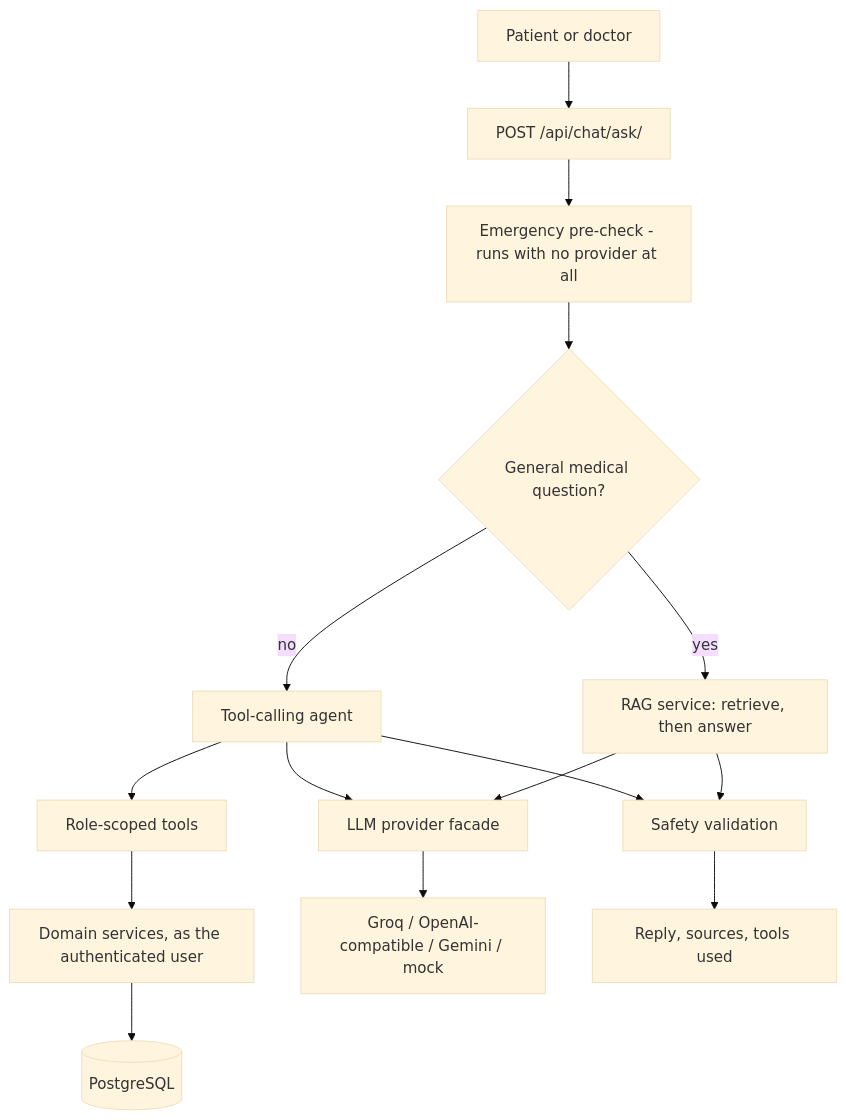
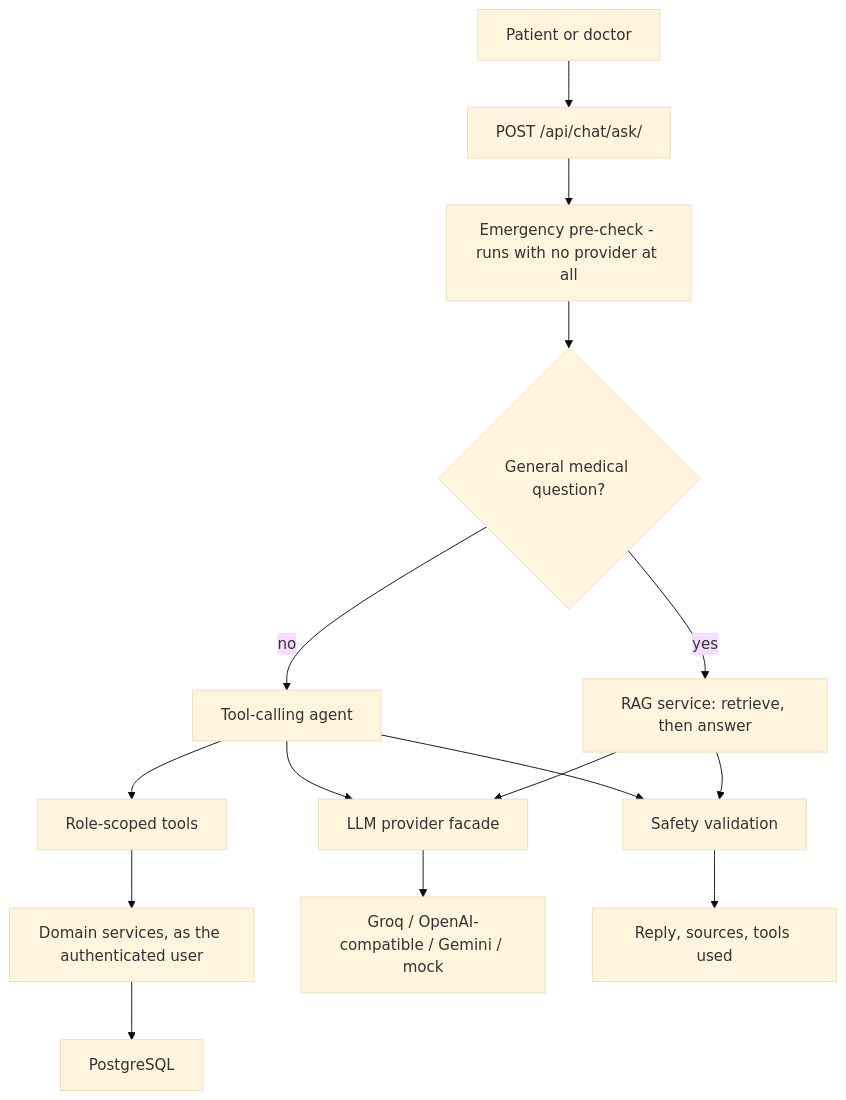
Before and after one commit to Yousef-7ossam/Roshada: diagram 14 of 21 in README.md, drawn with Mermaid (base theme). The commit also changed other lines of this file and 1 other file, not shown here.

````diff
--- a/README.md
+++ b/README.md
@@ -520,17 +531,17 @@
 ```mermaid
 graph TD
     U[Patient or doctor] --> ASK["POST /api/chat/ask/"]
     ASK --> EMG[Emergency pre-check - runs with no provider at all]
     EMG --> ROUTE{General medical question?}
     ROUTE -->|yes| RAG["RAG service: retrieve, then answer"]
     ROUTE -->|no| AG[Tool-calling agent]
     AG --> TOOLS[Role-scoped tools]
     TOOLS --> SERVICES[Domain services, as the authenticated user]
-    SERVICES --> DB[(PostgreSQL)]
+    SERVICES --> DB[PostgreSQL]
     RAG --> LLMF[LLM provider facade]
     AG --> LLMF
     LLMF --> PROV[Groq / OpenAI-compatible / Gemini / mock]
     RAG --> VAL[Safety validation]
     AG --> VAL
     VAL --> REPLY[Reply, sources, tools used]
 ```
````
